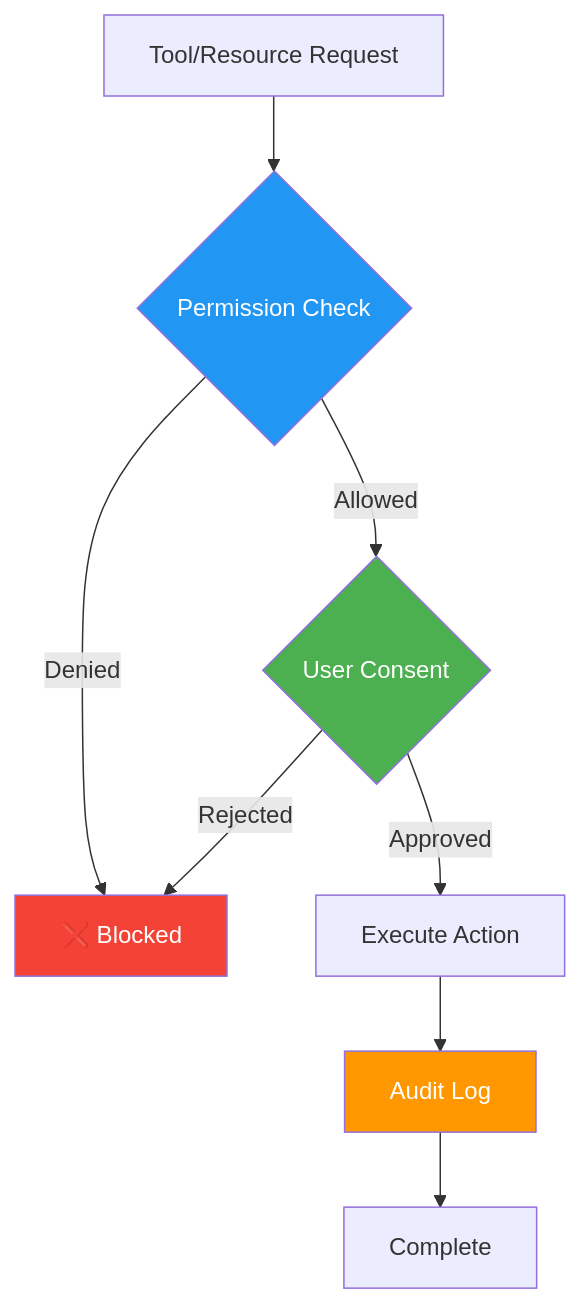
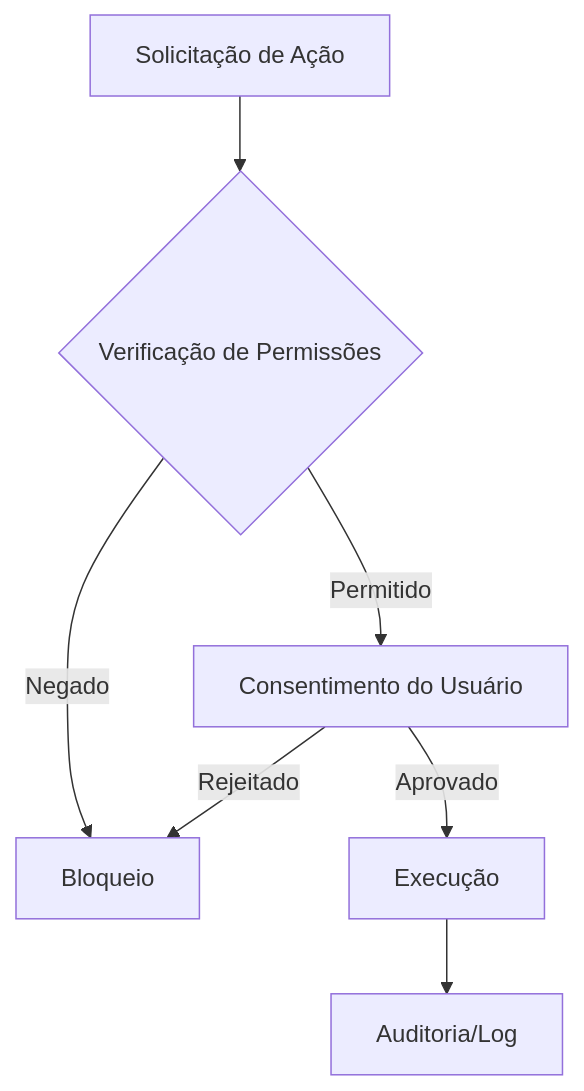
Diagram 14 of 19 in AI/Comunicação/MCP/00-mcp-presentation-zero to hero.md (felipepimentel/my-public-notes), drawn with Mermaid before and after one commit. The commit also changed other lines of this file, not shown here.

````diff
--- a/AI/Comunicação/MCP/00-mcp-presentation-zero to hero.md
+++ b/AI/Comunicação/MCP/00-mcp-presentation-zero to hero.md
@@ -526,17 +322,9 @@
 ```mermaid
 graph TD
-    A[Tool/Resource Request] --> B{Permission Check}
-    B -->|Allowed| C{User Consent}
-    B -->|Denied| D[❌ Blocked]
-    
-    C -->|Approved| E[Execute Action]
-    C -->|Rejected| D
-    
-    E --> F[Audit Log]
-    F --> G[Complete]
-    
-    style B fill:#2196F3,color:#fff
-    style C fill:#4CAF50,color:#fff
-    style D fill:#F44336,color:#fff
-    style F fill:#FF9800,color:#fff
+    A[Solicitação de Ação] --> B{Verificação de Permissões}
+    B -->|Permitido| C[Consentimento do Usuário]
+    B -->|Negado| D[Bloqueio]
+    C -->|Aprovado| E[Execução]
+    C -->|Rejeitado| D
+    E --> F[Auditoria/Log]
 ```
````
